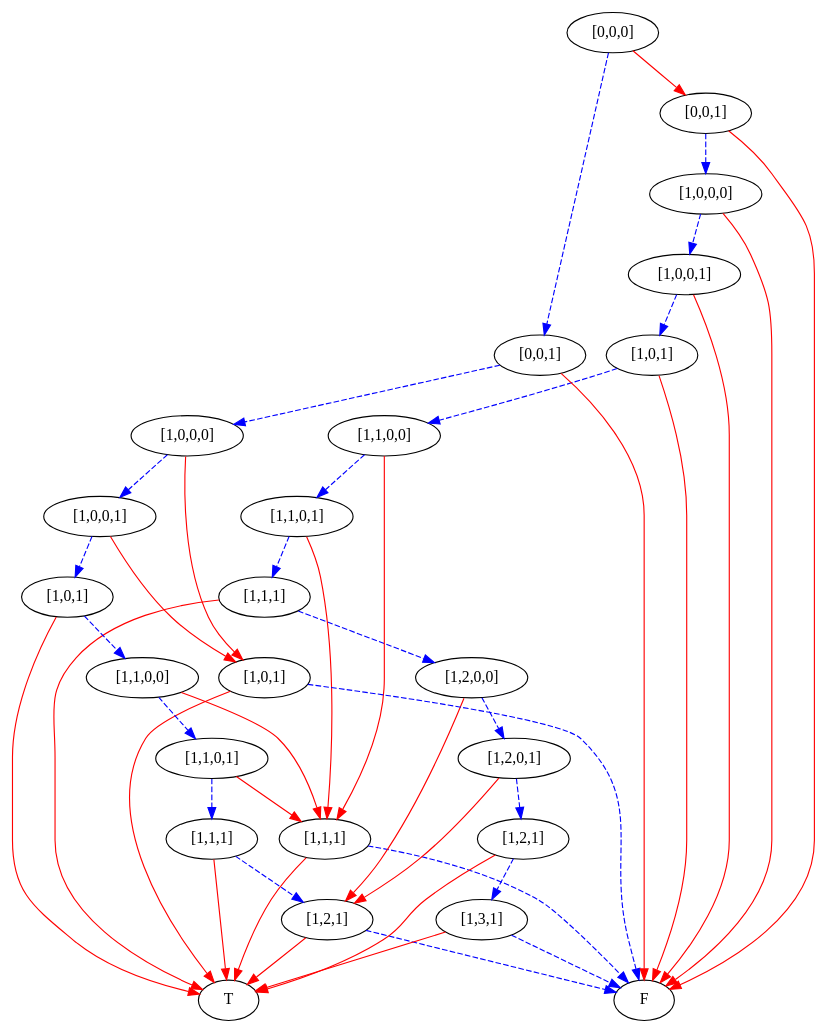
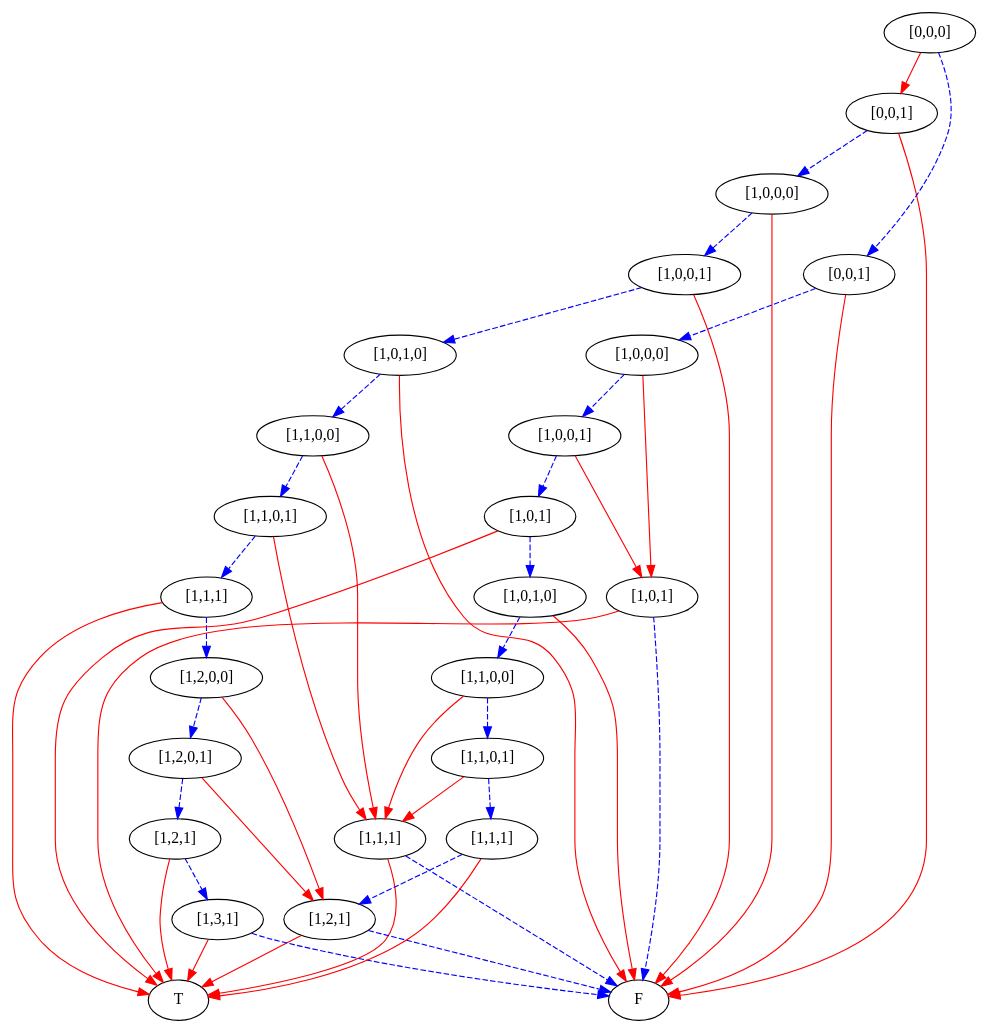
The diagram in simpleProgram5bstates/5.dot (mburyakov/minxmod), drawn with Graphviz before and after one commit. The commit also changed 21 other files, not shown here.

```diff
--- a/simpleProgram5bstates/5.dot
+++ b/simpleProgram5bstates/5.dot
@@ -1,92 +1,96 @@
 digraph {
     1 [label=F];
     2 [label=T];
     3 [label="[1,1,1]"];
     4 [label="[1,2,1]"];
     5 [label="[1,3,1]"];
     6 [label="[1,2,1]"];
     7 [label="[1,2,0,1]"];
     8 [label="[1,2,0,0]"];
     9 [label="[1,1,1]"];
     10 [label="[1,1,0,1]"];
     11 [label="[1,1,0,0]"];
-    12 [label="[1,0,1]"];
+    12 [label="[1,0,1,0]"];
     13 [label="[1,0,0,1]"];
     14 [label="[1,0,0,0]"];
     15 [label="[0,0,1]"];
     16 [label="[1,0,1]"];
     17 [label="[1,1,1]"];
     18 [label="[1,1,0,1]"];
     19 [label="[1,1,0,0]"];
-    20 [label="[1,0,1]"];
-    21 [label="[1,0,0,1]"];
-    22 [label="[1,0,0,0]"];
-    23 [label="[0,0,1]"];
-    24 [label="[0,0,0]"];
+    20 [label="[1,0,1,0]"];
+    21 [label="[1,0,1]"];
+    22 [label="[1,0,0,1]"];
+    23 [label="[1,0,0,0]"];
+    24 [label="[0,0,1]"];
+    25 [label="[0,0,0]"];
     3 -> 1 [style=dashed
            ,color=blue];
     3 -> 2 [color=red];
     4 -> 1 [style=dashed
            ,color=blue];
     4 -> 2 [color=red];
     5 -> 1 [style=dashed
            ,color=blue];
     5 -> 2 [color=red];
     6 -> 5 [style=dashed
            ,color=blue];
     6 -> 2 [color=red];
     7 -> 4 [color=red];
     7 -> 6 [style=dashed
            ,color=blue];
     8 -> 4 [color=red];
     8 -> 7 [style=dashed
            ,color=blue];
     9 -> 8 [style=dashed
            ,color=blue];
     9 -> 2 [color=red];
     10 -> 3 [color=red];
     10 -> 9 [style=dashed
             ,color=blue];
     11 -> 3 [color=red];
     11 -> 10 [style=dashed
              ,color=blue];
     12 -> 11 [style=dashed
              ,color=blue];
     12 -> 1 [color=red];
     13 -> 12 [style=dashed
              ,color=blue];
     13 -> 1 [color=red];
     14 -> 13 [style=dashed
              ,color=blue];
     14 -> 1 [color=red];
     15 -> 14 [style=dashed
              ,color=blue];
     15 -> 1 [color=red];
     16 -> 1 [style=dashed
             ,color=blue];
     16 -> 2 [color=red];
     17 -> 4 [style=dashed
             ,color=blue];
     17 -> 2 [color=red];
     18 -> 3 [color=red];
     18 -> 17 [style=dashed
              ,color=blue];
     19 -> 3 [color=red];
     19 -> 18 [style=dashed
              ,color=blue];
     20 -> 19 [style=dashed
              ,color=blue];
-    20 -> 2 [color=red];
-    21 -> 16 [color=red];
+    20 -> 1 [color=red];
     21 -> 20 [style=dashed
              ,color=blue];
+    21 -> 2 [color=red];
     22 -> 16 [color=red];
     22 -> 21 [style=dashed
              ,color=blue];
+    23 -> 16 [color=red];
     23 -> 22 [style=dashed
              ,color=blue];
-    23 -> 1 [color=red];
-    24 -> 15 [color=red];
     24 -> 23 [style=dashed
              ,color=blue];
+    24 -> 1 [color=red];
+    25 -> 15 [color=red];
+    25 -> 24 [style=dashed
+             ,color=blue];
 }
```
